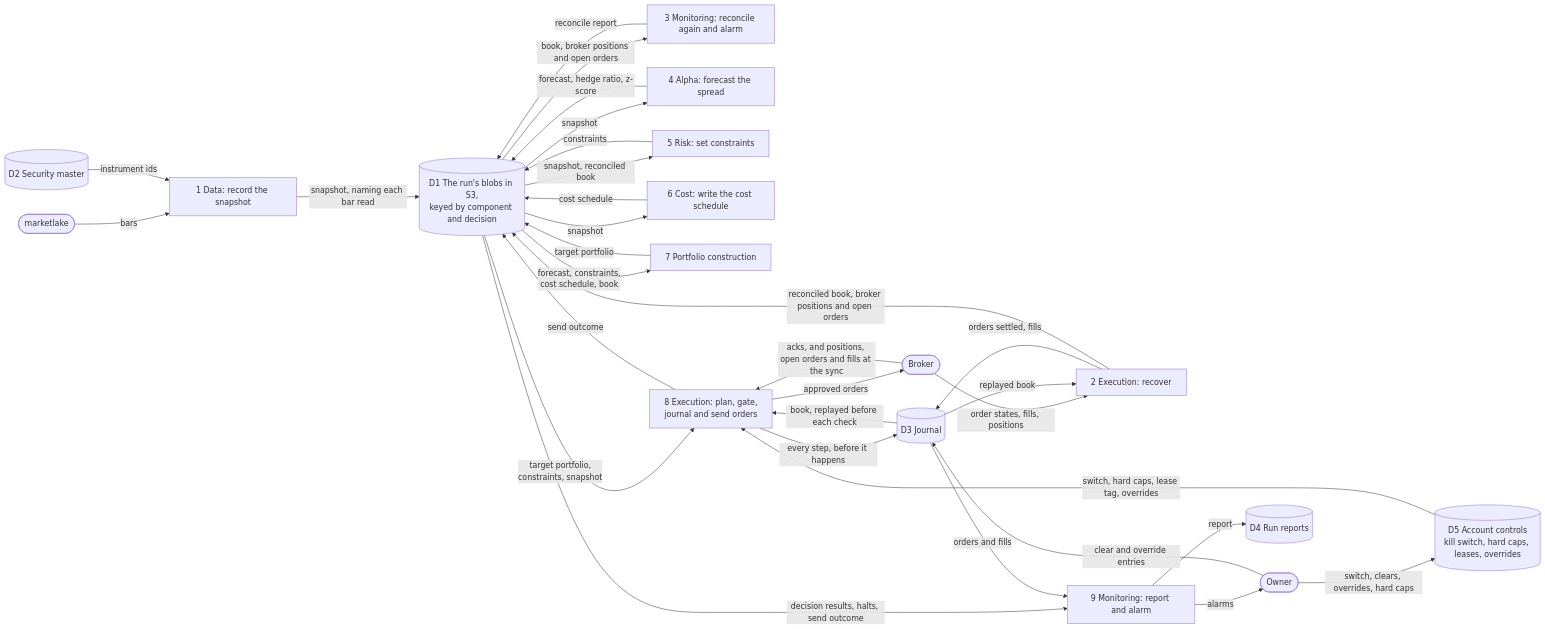
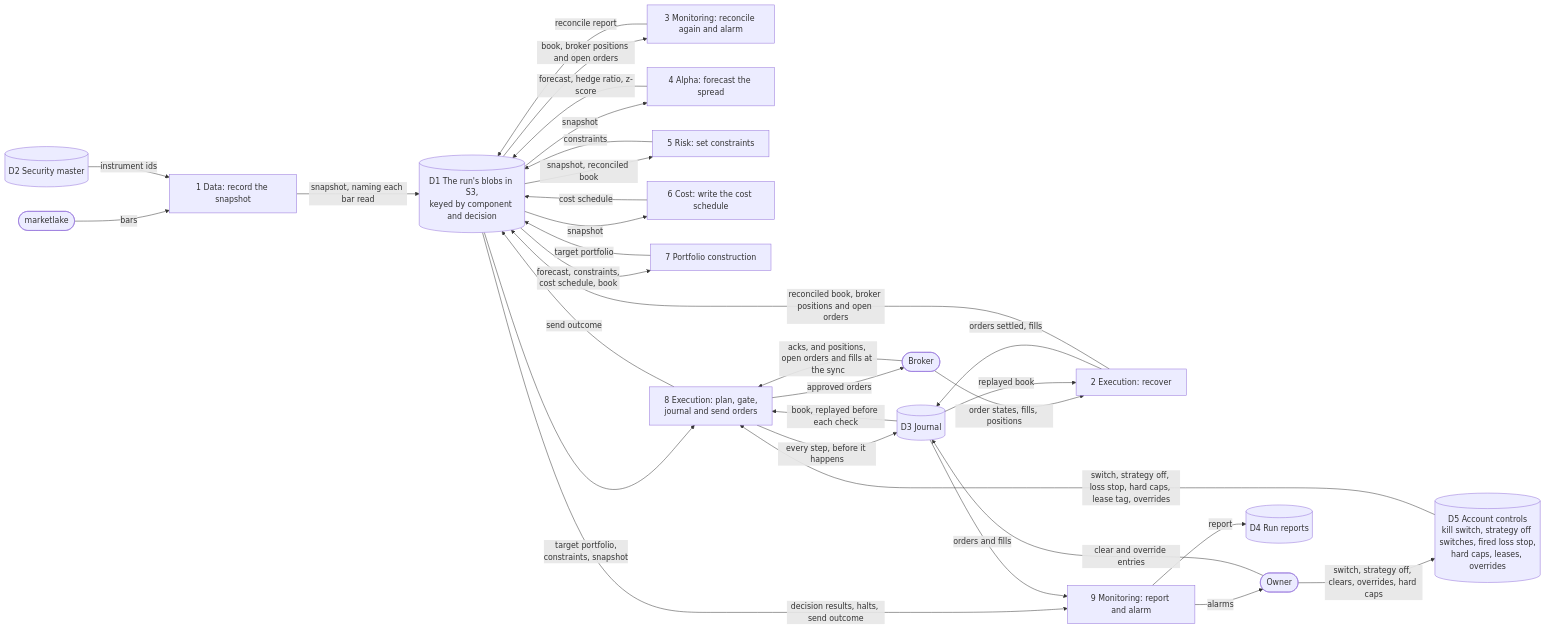
One commit to l3a0/ithildin-runtime changed the third of 16 diagrams in docs/architecture.md. Above: the diagram before and after it, drawn with Mermaid. The commit also changed other lines of this file, not shown here.

First line of the commit message:
docs(architecture): apply the review's fixes to the day, the alarms and the commands

````diff
--- a/docs/architecture.md
+++ b/docs/architecture.md
@@ -439,53 +439,53 @@
 ```mermaid
 flowchart LR
     vendor(["marketlake"])
     brokerx(["Broker"])
     ownerx(["Owner"])
 
     p1["1 Data: record the snapshot"]
     p2["2 Execution: recover"]
     p3["3 Monitoring: reconcile again and alarm"]
     p4["4 Alpha: forecast the spread"]
     p5["5 Risk: set constraints"]
     p6["6 Cost: write the cost schedule"]
     p7["7 Portfolio construction"]
     p8["8 Execution: plan, gate,<br/>journal and send orders"]
     p9["9 Monitoring: report and alarm"]
 
     d1[("D1 The run's blobs in S3,<br/>keyed by component and decision")]
     d2[("D2 Security master")]
     d3[("D3 Journal")]
     d4[("D4 Run reports")]
-    d5[("D5 Account controls<br/>kill switch, hard caps, leases, overrides")]
+    d5[("D5 Account controls<br/>kill switch, strategy off switches, fired loss stop,<br/>hard caps, leases, overrides")]
 
     vendor -->|"bars"| p1
     d2 -->|"instrument ids"| p1
     p1 -->|"snapshot, naming each bar read"| d1
     brokerx -->|"order states, fills, positions"| p2
     p2 -->|"orders settled, fills"| d3
     d3 -->|"replayed book"| p2
     p2 -->|"reconciled book, broker positions and open orders"| d1
     d1 -->|"book, broker positions and open orders"| p3
     p3 -->|"reconcile report"| d1
     d1 -->|"snapshot"| p4
     p4 -->|"forecast, hedge ratio, z-score"| d1
     d1 -->|"snapshot, reconciled book"| p5
     p5 -->|"constraints"| d1
     d1 -->|"snapshot"| p6
     p6 -->|"cost schedule"| d1
     d1 -->|"forecast, constraints,<br/>cost schedule, book"| p7
     p7 -->|"target portfolio"| d1
     d1 -->|"target portfolio,<br/>constraints, snapshot"| p8
     d3 -->|"book, replayed before each check"| p8
     p8 -->|"every step, before it happens"| d3
     p8 -->|"approved orders"| brokerx
     brokerx -->|"acks, and positions, open orders and fills at the sync"| p8
     p8 -->|"send outcome"| d1
     d1 -->|"decision results, halts, send outcome"| p9
     d3 -->|"orders and fills"| p9
     p9 -->|"report"| d4
     p9 -->|"alarms"| ownerx
-    ownerx -->|"switch, clears, overrides, hard caps"| d5
+    ownerx -->|"switch, strategy off, clears, overrides, hard caps"| d5
     ownerx -->|"clear and override entries"| d3
-    d5 -->|"switch, hard caps, lease tag, overrides"| p8
+    d5 -->|"switch, strategy off, loss stop, hard caps, lease tag, overrides"| p8
 ```
````
